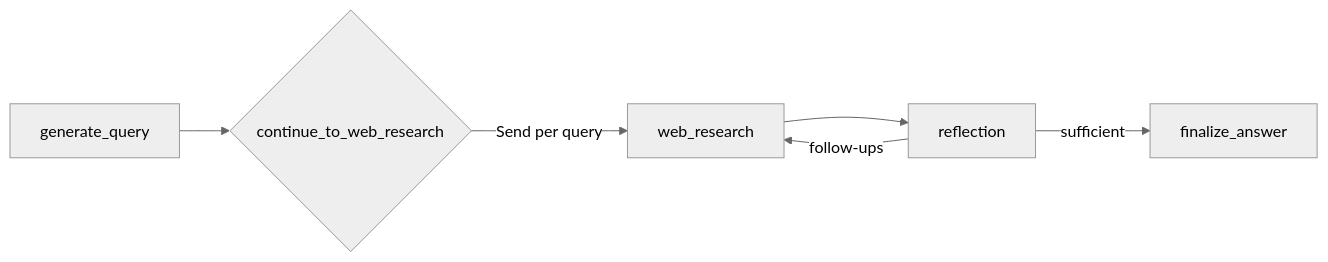
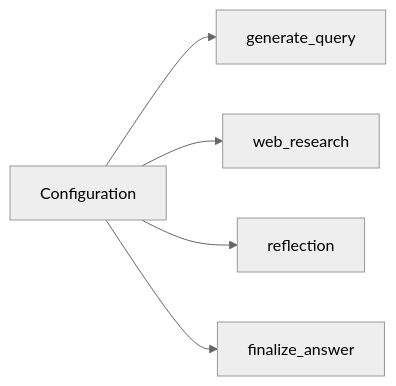
The diagram in ssdeanx--gemini-langgraph/CLAUDE.md (tomevault-io/claude-code-plugins), drawn with Mermaid (neutral theme) before and after one commit. The commit also changed other lines of this file, not shown here.

````diff
--- a/ssdeanx--gemini-langgraph/CLAUDE.md
+++ b/ssdeanx--gemini-langgraph/CLAUDE.md
@@ -164,8 +57,7 @@
 ```mermaid
 flowchart LR
-  A[generate_query] --> B{continue_to_web_research}
-  B -->|Send per query| C[web_research]
-  C --> D[reflection]
-  D -->|sufficient| E[finalize_answer]
-  D -->|follow-ups| C
+  CFG[Configuration] --> N1[generate_query]
+  CFG --> N2[web_research]
+  CFG --> N3[reflection]
+  CFG --> N4[finalize_answer]
 ```
````
